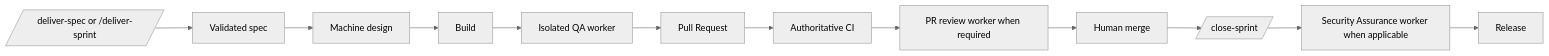
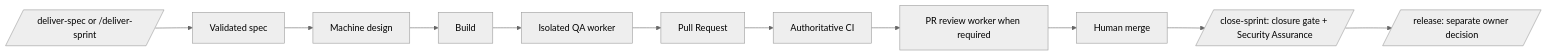
The second of 3 diagrams in docs/manual/operational/en-US/WORKFLOW-GUIDE.md (fkazeredo/fkbank-sdd), drawn with Mermaid (neutral theme) before and after one commit. The commit also changed other lines of this file and 16 other files, not shown here.

Commit message:
chore(workflow): decouple sprint closure from release

````diff
--- a/docs/manual/operational/en-US/WORKFLOW-GUIDE.md
+++ b/docs/manual/operational/en-US/WORKFLOW-GUIDE.md
@@ -198,14 +198,13 @@
 ```mermaid
 flowchart LR
     H[/deliver-spec or /deliver-sprint/] --> S[Validated spec]
     S --> D[Machine design]
     D --> B[Build]
     B --> Q[Isolated QA worker]
     Q --> P[Pull Request]
     P --> CI[Authoritative CI]
     CI --> R[PR review worker when required]
     R --> M[Human merge]
-    M --> C[/close-sprint/]
-    C --> SEC[Security Assurance worker when applicable]
-    SEC --> REL[Release]
+    M --> C[/close-sprint: closure gate + Security Assurance/]
+    C --> REL[/release: separate owner decision/]
 ```
````
